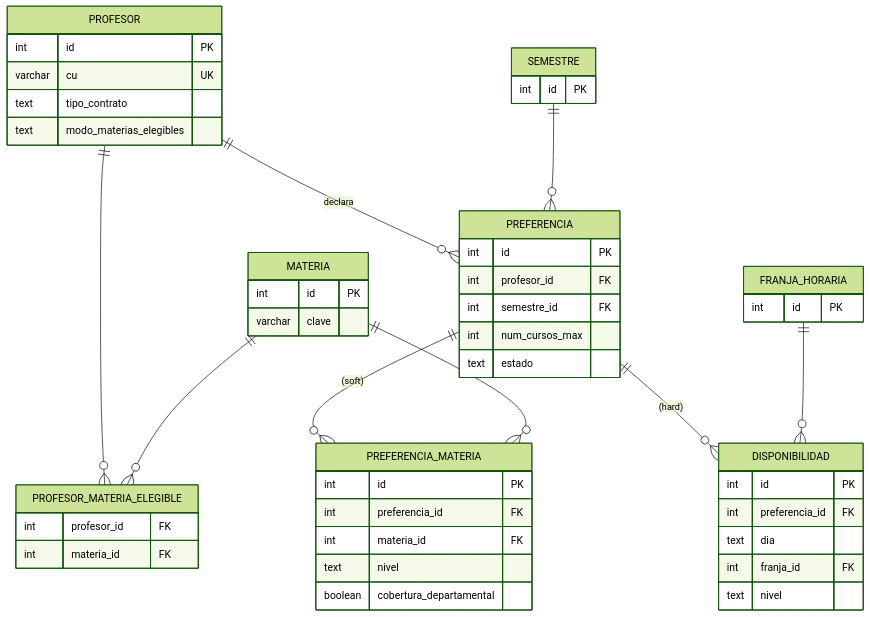
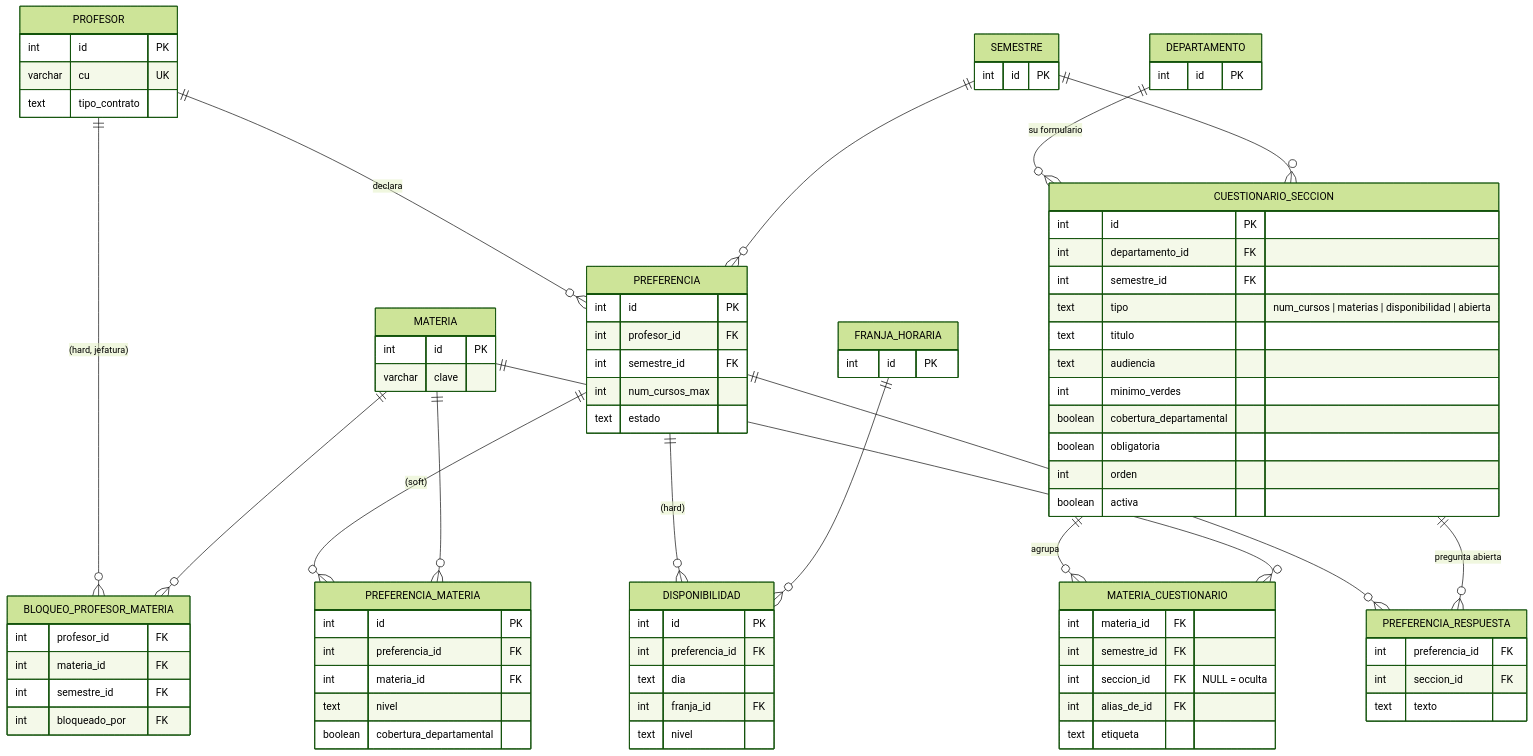
One commit to PauGarza/malla-horarios-web changed the fourth of 5 diagrams in bd/diagrama-er.md. Above: the diagram before and after it, drawn with Mermaid (forest theme). The commit also changed other lines of this file and 47 other files, not shown here.

````diff
--- a/bd/diagrama-er.md
+++ b/bd/diagrama-er.md
@@ -209,18 +219,36 @@
         int id PK
         varchar cu UK
         text tipo_contrato
-        text modo_materias_elegibles
     }
     MATERIA {
         int id PK
         varchar clave
     }
-    PROFESOR_MATERIA_ELEGIBLE {
-        int profesor_id FK
-        int materia_id FK
-    }
     SEMESTRE {
         int id PK
+    }
+    DEPARTAMENTO {
+        int id PK
+    }
+    CUESTIONARIO_SECCION {
+        int id PK
+        int departamento_id FK
+        int semestre_id FK
+        text tipo "num_cursos | materias | disponibilidad | abierta"
+        text titulo
+        text audiencia
+        int minimo_verdes
+        boolean cobertura_departamental
+        boolean obligatoria
+        int orden
+        boolean activa
+    }
+    MATERIA_CUESTIONARIO {
+        int materia_id FK
+        int semestre_id FK
+        int seccion_id FK "NULL = oculta"
+        int alias_de_id FK
+        text etiqueta
     }
     PREFERENCIA {
         int id PK
@@ -236,6 +264,11 @@
         text nivel
         boolean cobertura_departamental
     }
+    PREFERENCIA_RESPUESTA {
+        int preferencia_id FK
+        int seccion_id FK
+        text texto
+    }
     DISPONIBILIDAD {
         int id PK
         int preferencia_id FK
@@ -243,16 +276,28 @@
         int franja_id FK
         text nivel
     }
+    BLOQUEO_PROFESOR_MATERIA {
+        int profesor_id FK
+        int materia_id FK
+        int semestre_id FK
+        int bloqueado_por FK
+    }
     FRANJA_HORARIA {
         int id PK
     }
 
-    PROFESOR ||--o{ PROFESOR_MATERIA_ELEGIBLE : ""
-    MATERIA ||--o{ PROFESOR_MATERIA_ELEGIBLE : ""
+    DEPARTAMENTO ||--o{ CUESTIONARIO_SECCION : "su formulario"
+    SEMESTRE ||--o{ CUESTIONARIO_SECCION : ""
+    CUESTIONARIO_SECCION ||--o{ MATERIA_CUESTIONARIO : "agrupa"
+    MATERIA ||--o{ MATERIA_CUESTIONARIO : ""
     PROFESOR ||--o{ PREFERENCIA : "declara"
     SEMESTRE ||--o{ PREFERENCIA : ""
     PREFERENCIA ||--o{ PREFERENCIA_MATERIA : "(soft)"
     MATERIA ||--o{ PREFERENCIA_MATERIA : ""
+    PREFERENCIA ||--o{ PREFERENCIA_RESPUESTA : ""
+    CUESTIONARIO_SECCION ||--o{ PREFERENCIA_RESPUESTA : "pregunta abierta"
     PREFERENCIA ||--o{ DISPONIBILIDAD : "(hard)"
     FRANJA_HORARIA ||--o{ DISPONIBILIDAD : ""
+    PROFESOR ||--o{ BLOQUEO_PROFESOR_MATERIA : "(hard, jefatura)"
+    MATERIA ||--o{ BLOQUEO_PROFESOR_MATERIA : ""
 ```
````
